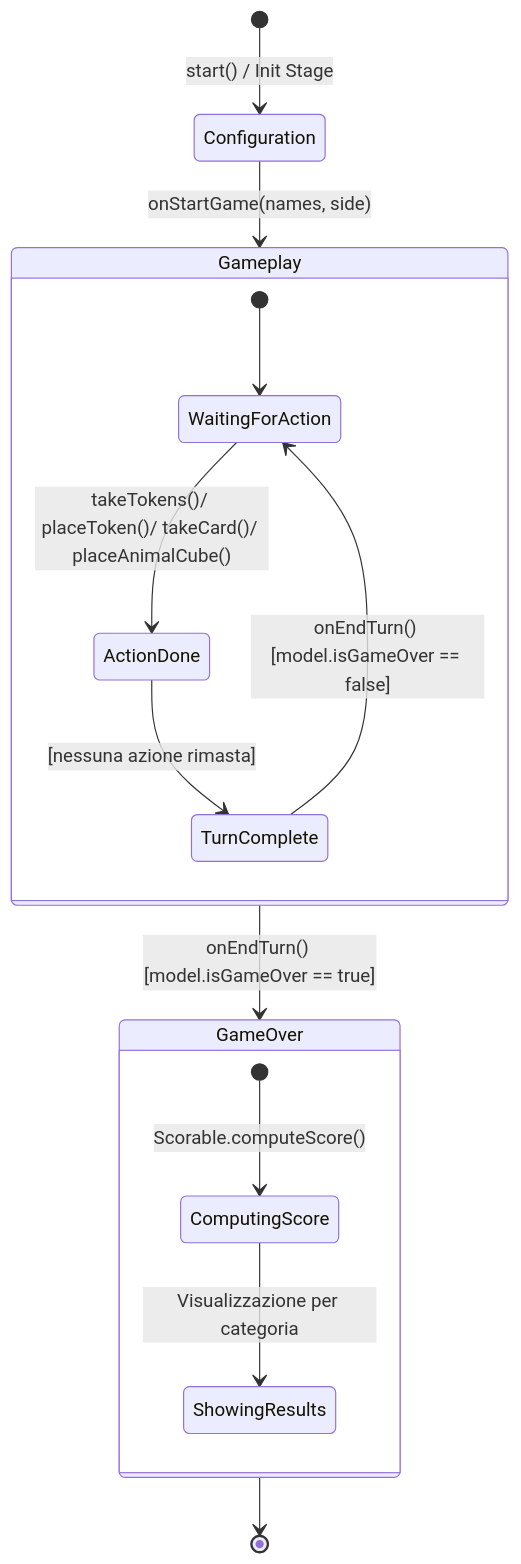
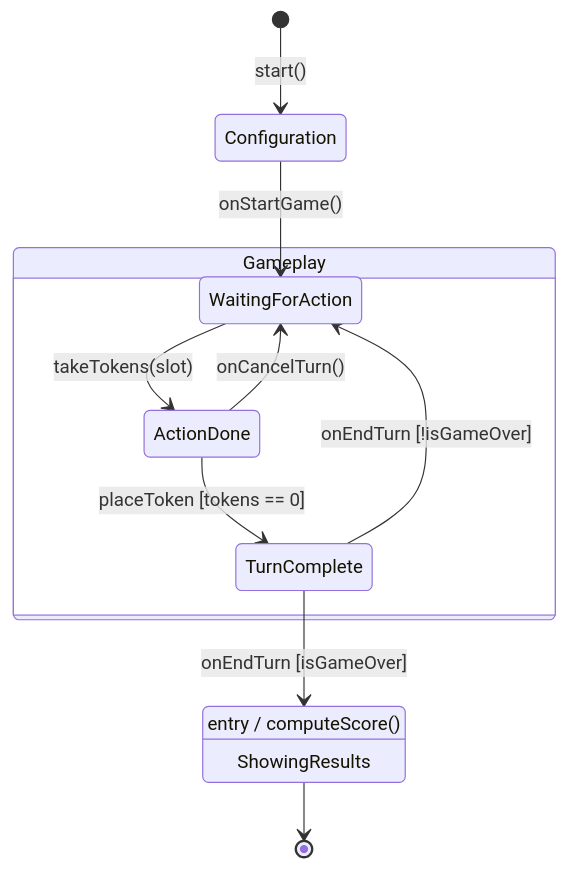
The third of 5 diagrams in docs/detailed-design.md (elisayan/PPS-25-scalarmonies), drawn with Mermaid before and after one commit. The commit also changed other lines of this file, not shown here.

Commit message:
Refined state diagram on controller section

````diff
--- a/docs/detailed-design.md
+++ b/docs/detailed-design.md
@@ -210,22 +210,23 @@
 ```mermaid
 stateDiagram-v2
-    [*] --> Configuration : start() / Init Stage
+    direction TB
 
-    Configuration --> Gameplay : onStartGame(names, side)
+    [*] --> Configuration : start()
+    Configuration --> WaitingForAction : onStartGame()
 
     state Gameplay {
-        [*] --> WaitingForAction
-        WaitingForAction --> ActionDone : takeTokens()/ placeToken()/ takeCard()/ placeAnimalCube()
-        ActionDone --> TurnComplete : [nessuna azione rimasta]
-        TurnComplete --> WaitingForAction : onEndTurn() [model.isGameOver == false]
+        WaitingForAction --> ActionDone : takeTokens(slot)
+
+        ActionDone --> WaitingForAction : onCancelTurn()
+        ActionDone --> TurnComplete : placeToken [tokens == 0]
+
+        TurnComplete --> WaitingForAction : onEndTurn [!isGameOver]
     }
 
-    Gameplay --> GameOver : onEndTurn() [model.isGameOver == true]
+    TurnComplete --> GameOver : onEndTurn [isGameOver]
 
-    state GameOver {
-        [*] --> ComputingScore : Scorable.computeScore()
-        ComputingScore --> ShowingResults : Visualizzazione per categoria
-    }
+    GameOver : entry / computeScore()
+    GameOver : ShowingResults
 
     GameOver --> [*]
 ```
````
